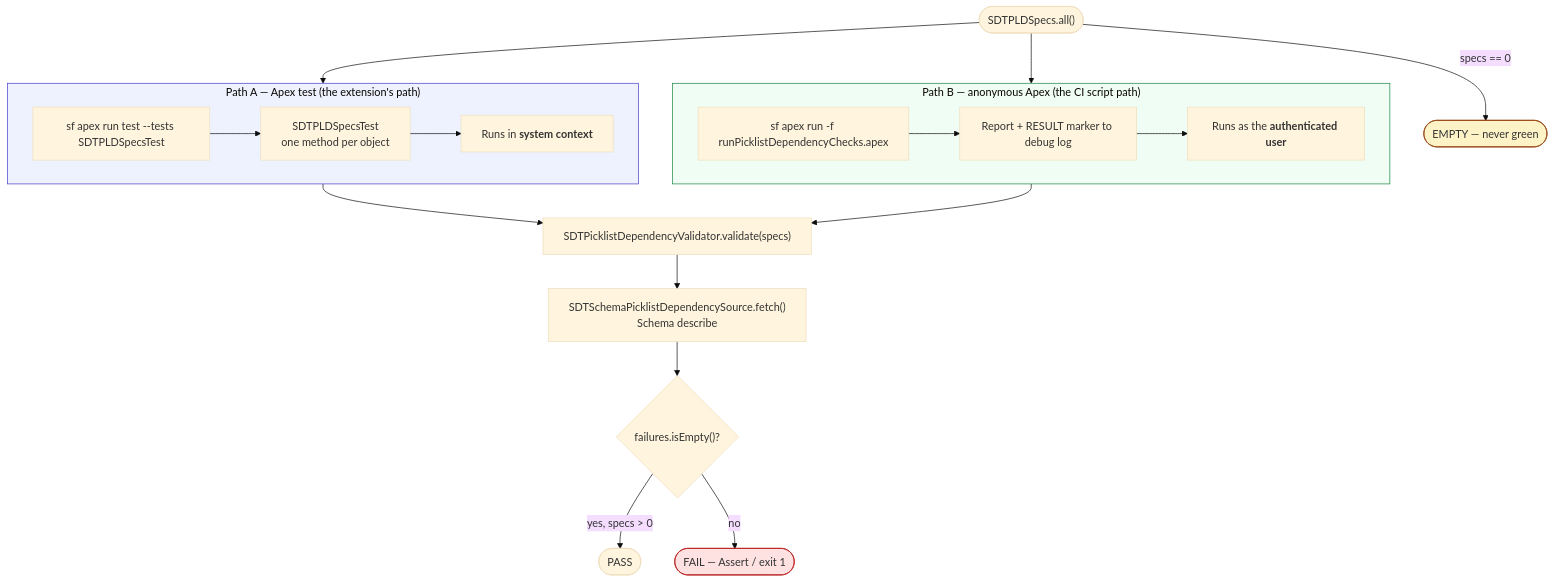
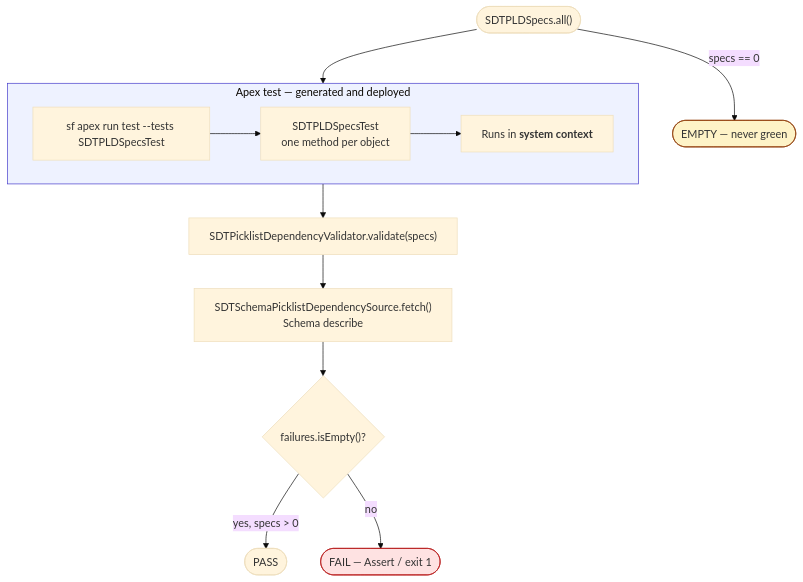
One commit to jdschleicher/Salesforce-Data-Treecipe changed the seventh of 13 diagrams in docs/PICKLIST-DEPENDENCY-TECHNICAL-DESIGN.md. Above: the diagram before and after it, drawn with Mermaid (base theme). The commit also changed other lines of this file and 8 other files, not shown here.

First line of the commit message:
refactor: remove the anonymous-Apex CI runner — checks run only from generated, deployed Apex

````diff
--- a/docs/PICKLIST-DEPENDENCY-TECHNICAL-DESIGN.md
+++ b/docs/PICKLIST-DEPENDENCY-TECHNICAL-DESIGN.md
@@ -318,38 +318,29 @@
 ```mermaid
 flowchart TB
     START(["SDTPLDSpecs.all()"])
 
-    subgraph P1["Path A — Apex test (the extension's path)"]
+    subgraph P1["Apex test — generated and deployed"]
         T1["sf apex run test --tests SDTPLDSpecsTest"]
         T2["SDTPLDSpecsTest<br/>one method per object"]
         T3["Runs in <b>system context</b>"]
-    end
-
-    subgraph P2["Path B — anonymous Apex (the CI script path)"]
-        A1["sf apex run -f runPicklistDependencyChecks.apex"]
-        A2["Report + RESULT marker to debug log"]
-        A3["Runs as the <b>authenticated user</b>"]
     end
 
     V["SDTPicklistDependencyValidator.validate(specs)"]
     S["SDTSchemaPicklistDependencySource.fetch()<br/>Schema describe"]
     R{"failures.isEmpty()?"}
     PASS(["PASS"])
     FAIL(["FAIL — Assert / exit 1"])
     EMPTY(["EMPTY — never green"])
 
     START --> P1 --> V
-    START --> P2 --> V
     T1 --> T2 --> T3
-    A1 --> A2 --> A3
     V --> S
     S --> R
     R -->|"yes, specs > 0"| PASS
     R -->|"no"| FAIL
     START -->|"specs == 0"| EMPTY
 
     style P1 fill:#eef2ff,stroke:#4338ca
-    style P2 fill:#f0fdf4,stroke:#15803d
     style EMPTY fill:#fef3c7,stroke:#92400e
     style FAIL fill:#fee2e2,stroke:#b91c1c
 ```
````
